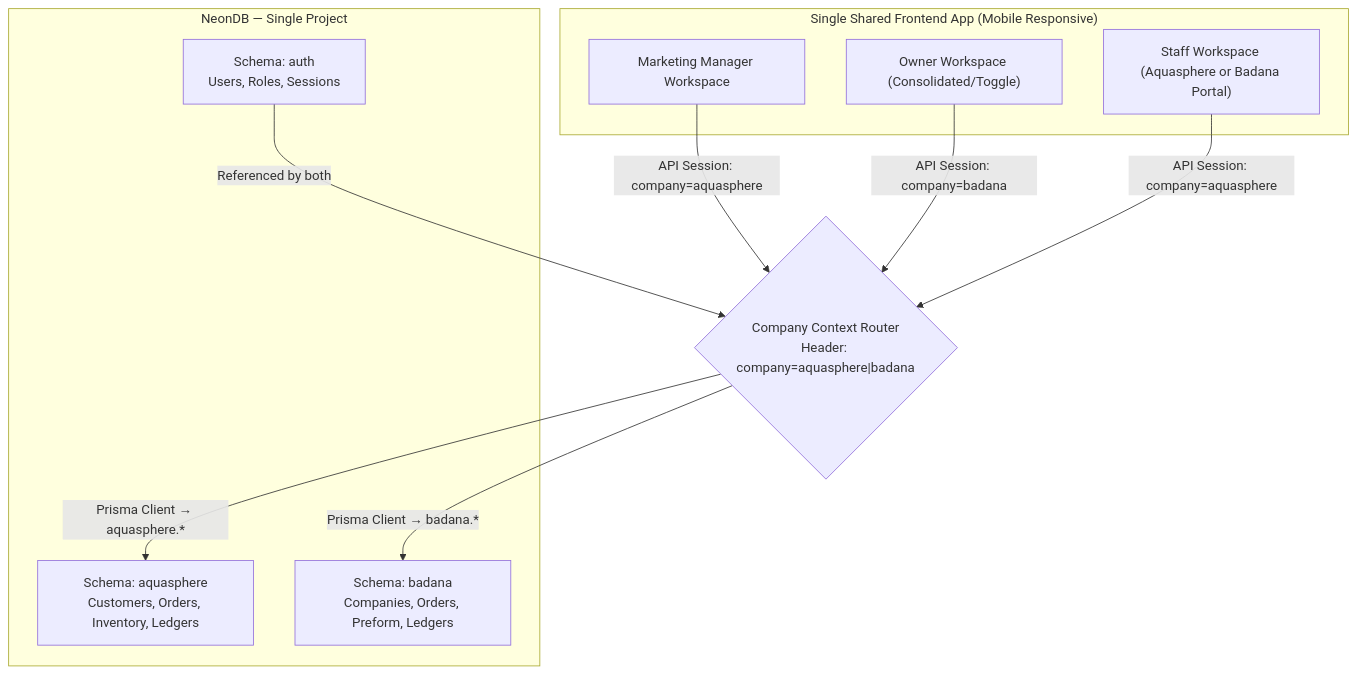
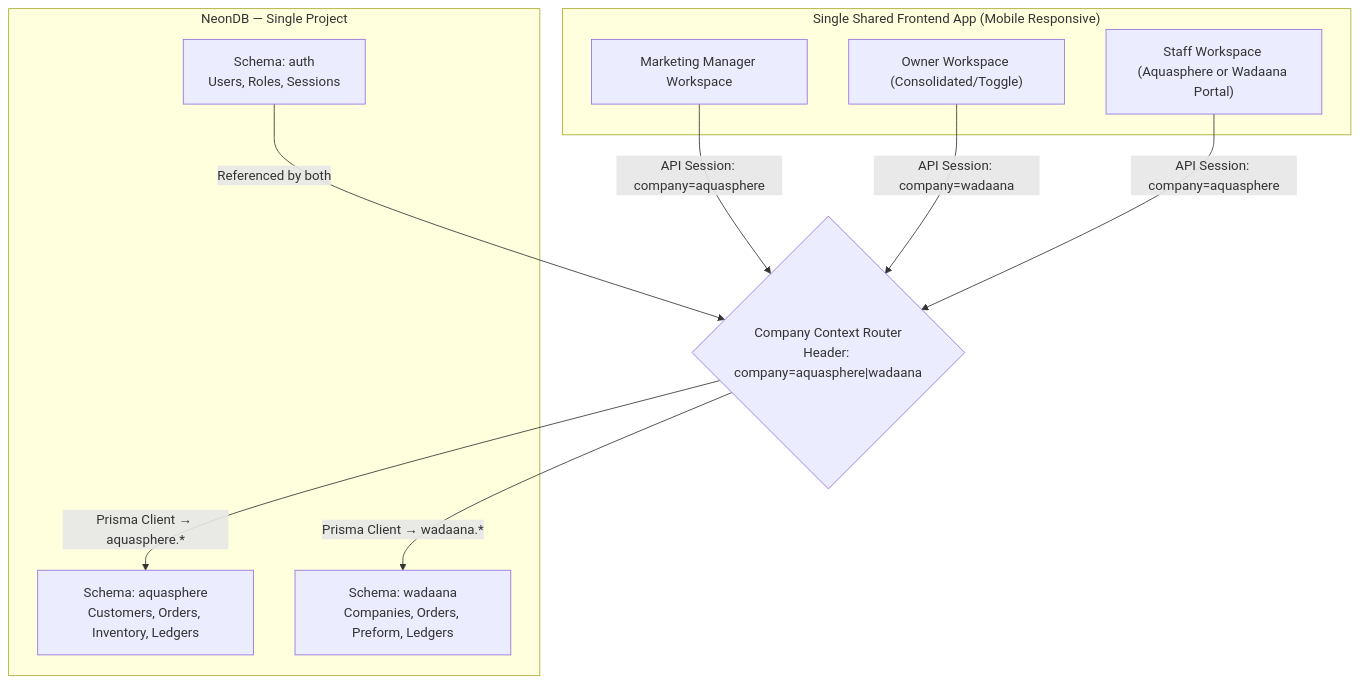
The second of 6 diagrams in context/architecture.md (ehtisham-hashim/AquaSphere), drawn with Mermaid before and after one commit. The commit also changed other lines of this file and 15 other files, not shown here.

Commit message:
Refactor context and database models to replace 'Badana' with 'Wadaana'; update business rules and specifications for new division structure

````diff
--- a/context/architecture.md
+++ b/context/architecture.md
@@ -60,25 +60,25 @@
 ```mermaid
 graph TD
     subgraph UI ["Single Shared Frontend App (Mobile Responsive)"]
         MM_UI["Marketing Manager Workspace"]
         Owner_UI["Owner Workspace (Consolidated/Toggle)"]
-        Staff_UI["Staff Workspace (Aquasphere or Badana Portal)"]
+        Staff_UI["Staff Workspace (Aquasphere or Wadaana Portal)"]
     end
 
-    Router{"Company Context Router<br/>Header: company=aquasphere|badana"}
+    Router{"Company Context Router<br/>Header: company=aquasphere|wadaana"}
 
     MM_UI -->|"API Session: company=aquasphere"| Router
-    Owner_UI -->|"API Session: company=badana"| Router
+    Owner_UI -->|"API Session: company=wadaana"| Router
     Staff_UI -->|"API Session: company=aquasphere"| Router
 
     subgraph DB ["NeonDB — Single Project"]
         Auth["Schema: auth<br/>Users, Roles, Sessions"]
         AS["Schema: aquasphere<br/>Customers, Orders, Inventory, Ledgers"]
-        BI["Schema: badana<br/>Companies, Orders, Preform, Ledgers"]
+        BI["Schema: wadaana<br/>Companies, Orders, Preform, Ledgers"]
     end
 
     Router -->|"Prisma Client → aquasphere.*"| AS
-    Router -->|"Prisma Client → badana.*"| BI
+    Router -->|"Prisma Client → wadaana.*"| BI
     Auth -->|"Referenced by both"| Router
 
 ```
````
